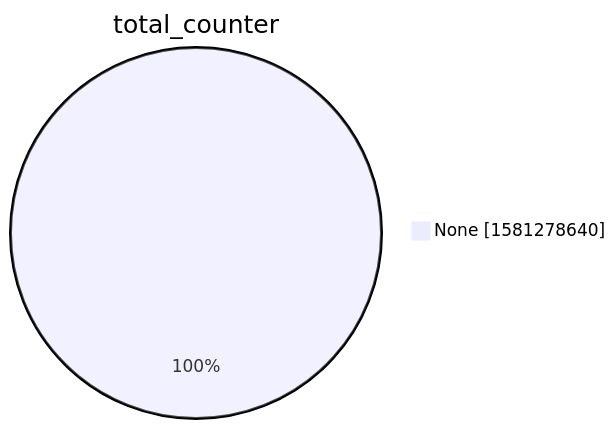
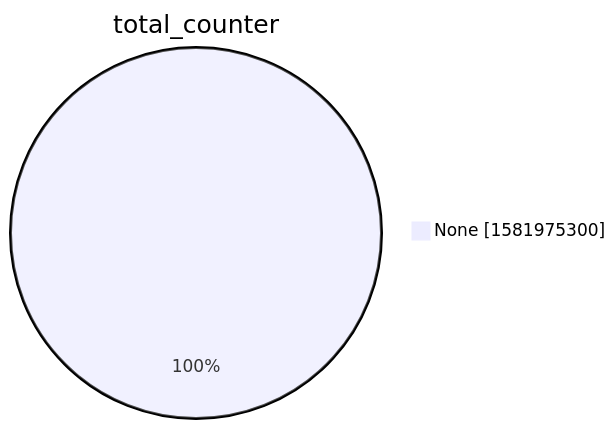
The second of 15 diagrams in xenon2022/README.md (christiankrug/ctmonitor_visualization), drawn with Mermaid before and after one commit. The commit also changed other lines of this file, not shown here.

````diff
--- a/xenon2022/README.md
+++ b/xenon2022/README.md
@@ -9,5 +9,5 @@
 ```mermaid
 pie showData
 title total_counter
-"None" :1581278640
+"None" :1581975300
 ```
````
